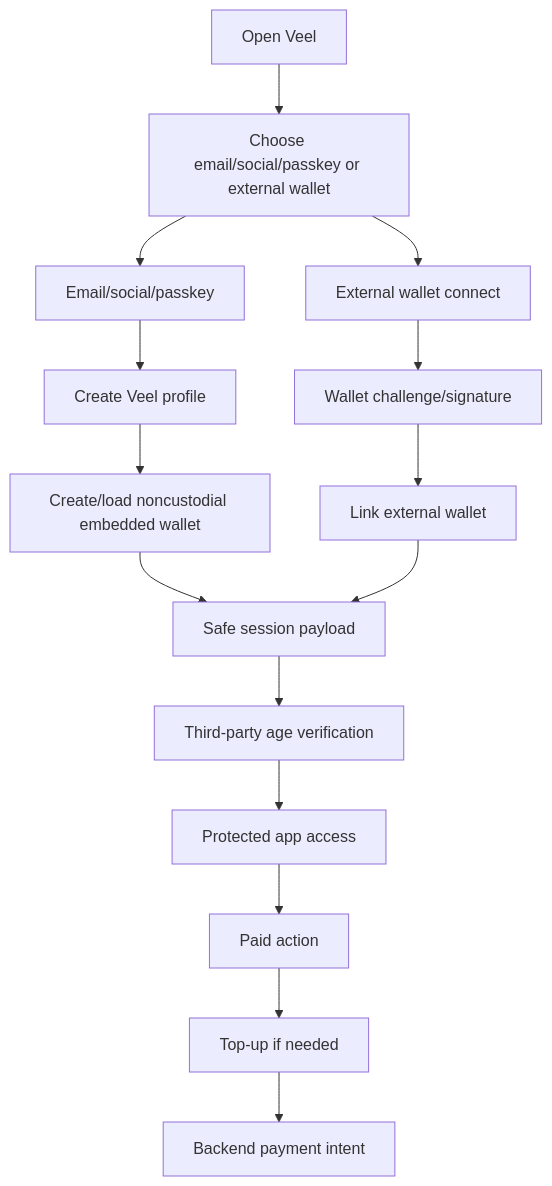
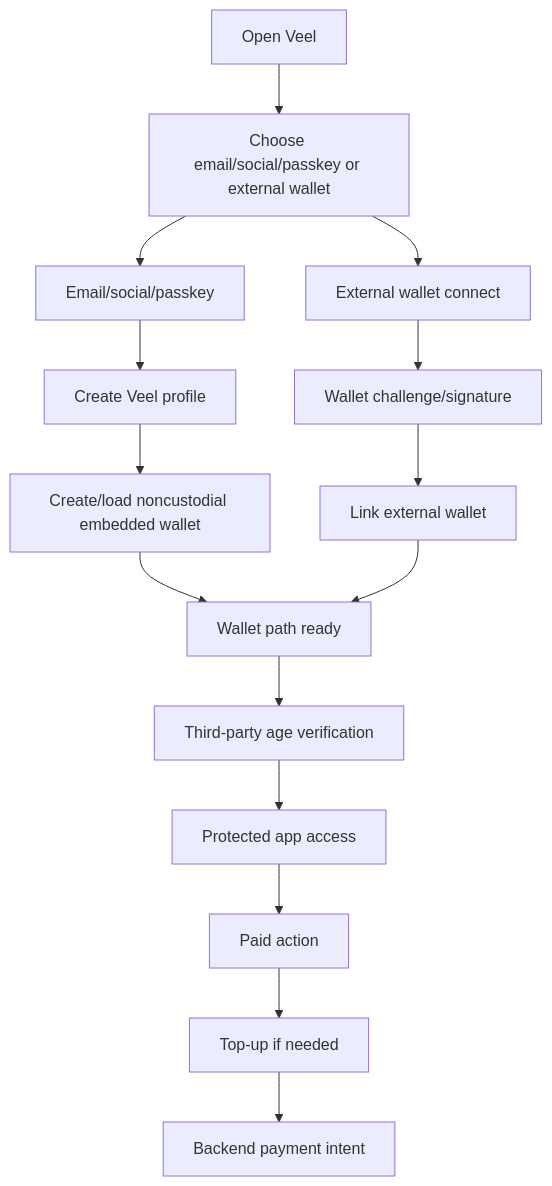
Before and after one commit to mariospeterman/VEEL-v2: the second of 6 diagrams in docs/v2-new-build/product-flows.md, drawn with Mermaid. The commit also changed other lines of this file and 13 other files, not shown here.

````diff
--- a/docs/v2-new-build/product-flows.md
+++ b/docs/v2-new-build/product-flows.md
@@ -52,17 +57,17 @@
 ```mermaid
 flowchart TD
   Entry["Open Veel"] --> AuthChoice["Choose email/social/passkey or external wallet"]
   AuthChoice --> Mainstream["Email/social/passkey"]
   AuthChoice --> Native["External wallet connect"]
   Mainstream --> Profile["Create Veel profile"]
   Profile --> Embedded["Create/load noncustodial embedded wallet"]
   Native --> Challenge["Wallet challenge/signature"]
   Challenge --> Link["Link external wallet"]
-  Embedded --> Session["Safe session payload"]
-  Link --> Session
-  Session --> Age["Third-party age verification"]
+  Embedded --> WalletReady["Wallet path ready"]
+  Link --> WalletReady
+  WalletReady --> Age["Third-party age verification"]
   Age --> AppAccess["Protected app access"]
   AppAccess --> Paywall["Paid action"]
   Paywall --> Topup["Top-up if needed"]
   Topup --> Intent["Backend payment intent"]
 ```
````
